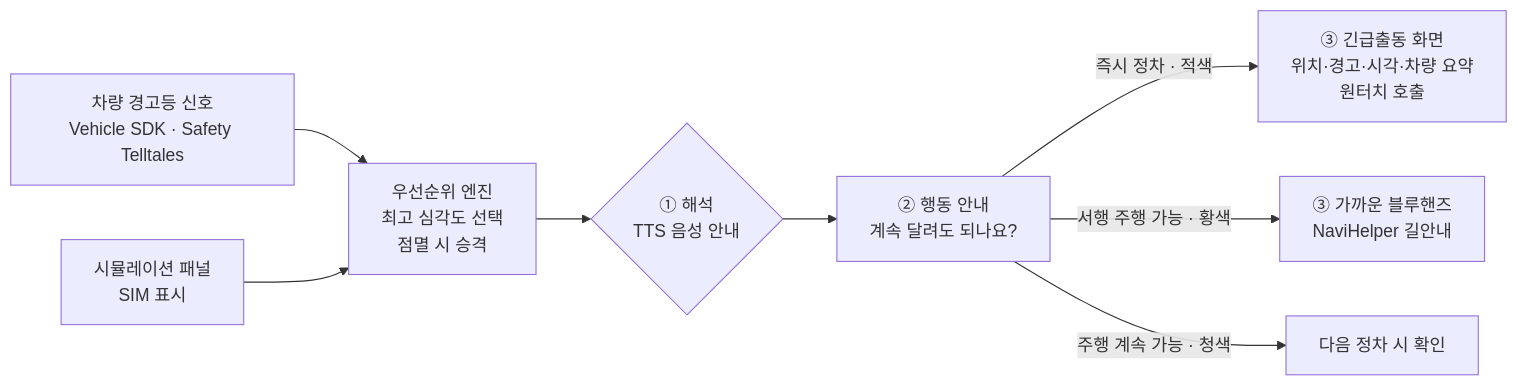
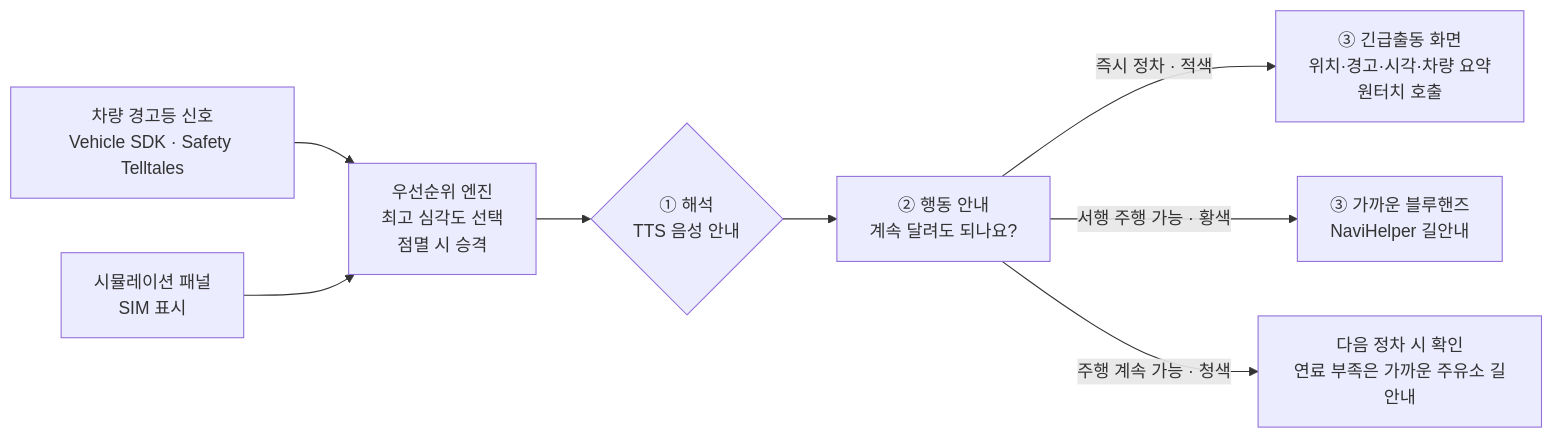
The diagram in README.md (cheongsomon/warning-light-interpreter), drawn with Mermaid before and after one commit. The commit also changed other lines of this file and 6 other files, not shown here.

Commit message:
연료 부족 시 가까운 주유소 길안내, 공개 APK 비밀값 제외 빌드 옵션

````diff
--- a/README.md
+++ b/README.md
@@ -24,10 +24,10 @@
 ```mermaid
 flowchart LR
     A[차량 경고등 신호<br/>Vehicle SDK · Safety Telltales] --> B[우선순위 엔진<br/>최고 심각도 선택<br/>점멸 시 승격]
     S[시뮬레이션 패널<br/>SIM 표시] --> B
     B --> C{① 해석<br/>TTS 음성 안내}
     C --> D[② 행동 안내<br/>계속 달려도 되나요?]
     D -->|즉시 정차 · 적색| E[③ 긴급출동 화면<br/>위치·경고·시각·차량 요약<br/>원터치 호출]
     D -->|서행 주행 가능 · 황색| F[③ 가까운 블루핸즈<br/>NaviHelper 길안내]
-    D -->|주행 계속 가능 · 청색| G[다음 정차 시 확인]
+    D -->|주행 계속 가능 · 청색| G[다음 정차 시 확인<br/>연료 부족은 가까운 주유소 길안내]
 ```
````
